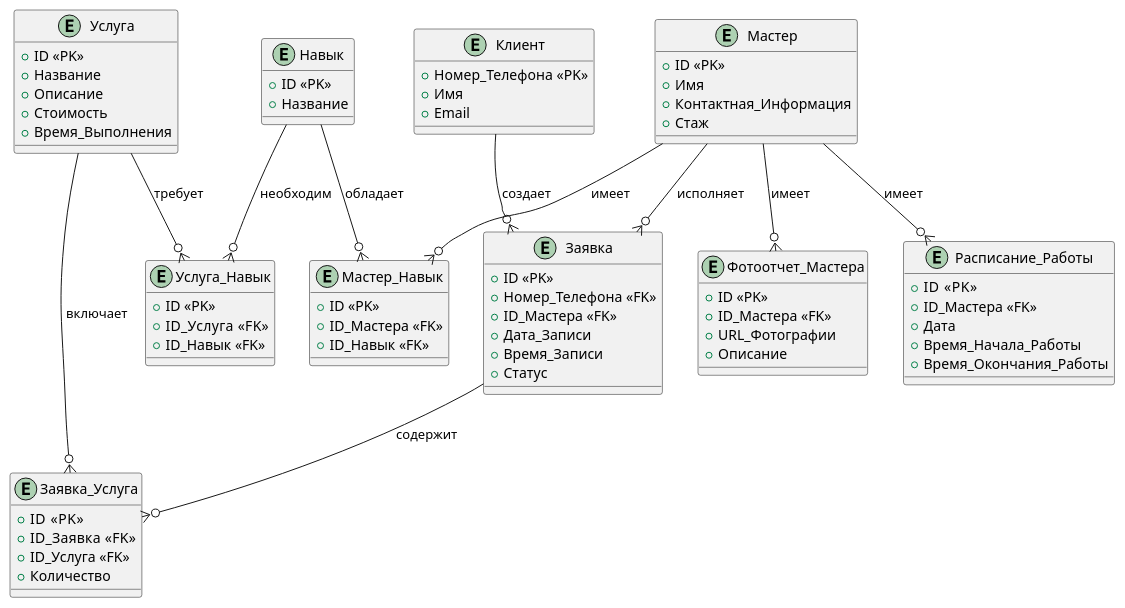
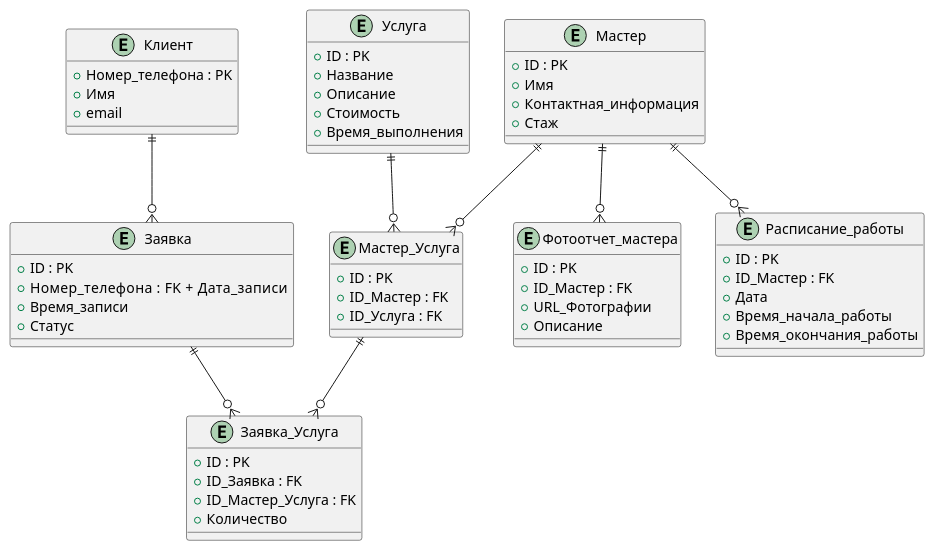
Before and after one commit to LyubovGorelik/AdminHelper: the diagram in my-website/docs/DB/logicbase.md, drawn with PlantUML. The commit also changed 9 other files, not shown here.

```diff
--- a/my-website/docs/DB/logicbase.md
+++ b/my-website/docs/DB/logicbase.md
@@ -9,84 +9,68 @@
 @startuml
 
 entity "Клиент" {
-    + Номер_Телефона <<PK>>
-    + Имя 
-    + Email 
+    + Номер_телефона : PK
+    + Имя
+    + email
 }
 
 entity "Мастер" {
-    + ID <<PK>>
-    + Имя  
-    + Контактная_Информация 
-    + Стаж 
+    + ID : PK
+    + Имя
+    + Контактная_информация
+    + Стаж
 }
 
 entity "Заявка" {
-    + ID <<PK>>
-    + Номер_Телефона <<FK>>
-    + ID_Мастера <<FK>>
-    + Дата_Записи 
-    + Время_Записи 
-    + Статус 
+    + ID : PK
+    + Номер_телефона : FK    + Дата_записи
+    + Время_записи
+    + Статус
 }
 
 entity "Услуга" {
-    + ID <<PK>>
-    + Название 
-    + Описание 
-    + Стоимость 
-    + Время_Выполнения 
-}
-
-entity "Навык" {
-    + ID <<PK>>
-    + Название  
-}
-
-entity "Услуга_Навык" {
-    + ID <<PK>>
-    + ID_Услуга  <<FK>>
-    + ID_Навык <<FK>>
+    + ID : PK
+    + Название
+    + Описание
+    + Стоимость
+    + Время_выполнения
 }
 
 entity "Заявка_Услуга" {
-    + ID  <<PK>>
-    + ID_Заявка  <<FK>>
-    + ID_Услуга <<FK>>
-    + Количество  
+    + ID : PK
+    + ID_Заявка : FK
+    + ID_Мастер_Услуга : FK
+    + Количество
 }
 
-entity "Мастер_Навык" {
-    + ID <<PK>>
-    + ID_Мастера <<FK>>
-    + ID_Навык <<FK>>
+entity "Мастер_Услуга" {
+    + ID : PK
+    + ID_Мастер : FK
+    + ID_Услуга : FK
 }
 
-entity "Фотоотчет_Мастера" {
-    + ID <<PK>>
-    + ID_Мастера <<FK>>
-    + URL_Фотографии 
-    + Описание 
+entity "Фотоотчет_мастера" {
+    + ID : PK
+    + ID_Мастер : FK
+    + URL_Фотографии
+    + Описание
 }
 
-entity "Расписание_Работы" {
-    + ID  <<PK>>
-    + ID_Мастера <<FK>>
-    + Дата 
-    + Время_Начала_Работы 
-    + Время_Окончания_Работы 
+entity "Расписание_работы" {
+    + ID : PK
+    + ID_Мастер : FK
+    + Дата
+    + Время_начала_работы
+    + Время_окончания_работы
 }
 
-"Клиент" --o{ "Заявка" : "создает"
-"Мастер" --o{ "Заявка" : "исполняет"
-"Заявка" --o{ "Заявка_Услуга" : "содержит"
-"Услуга" --o{ "Заявка_Услуга" : "включает"
-"Услуга" --o{ "Услуга_Навык" : "требует"
-"Навык" --o{ "Услуга_Навык" : "необходим"
-"Мастер" --o{ "Мастер_Навык" : "имеет"
-"Навык" --o{ "Мастер_Навык" : "обладает"
-"Мастер" --o{ "Фотоотчет_Мастера" : "имеет"
-"Мастер" --o{ "Расписание_Работы" : "имеет"
+Клиент ||--o{ Заявка 
+Заявка ||--o{ Заявка_Услуга
+Мастер_Услуга ||--o{ Заявка_Услуга 
+Услуга ||--o{ Мастер_Услуга
+Мастер ||--o{ Мастер_Услуга 
+Мастер ||--o{ Фотоотчет_мастера
+Мастер ||--o{ Расписание_работы
 
 @enduml
 
```
